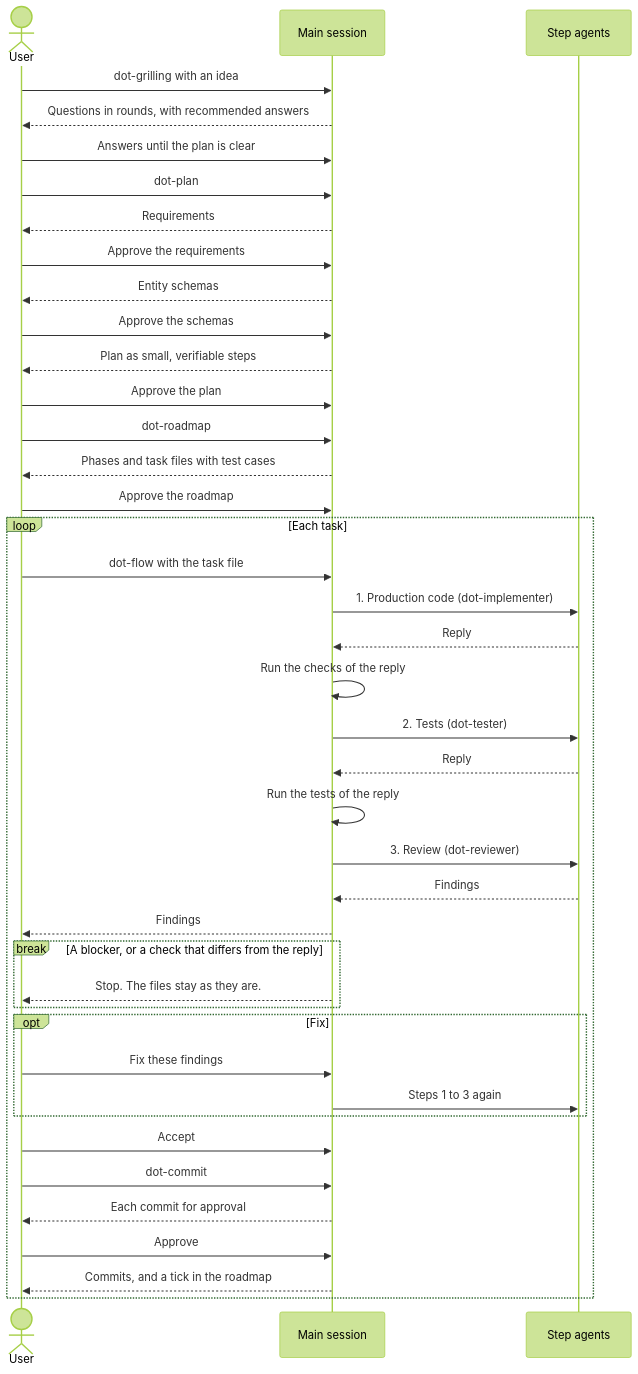
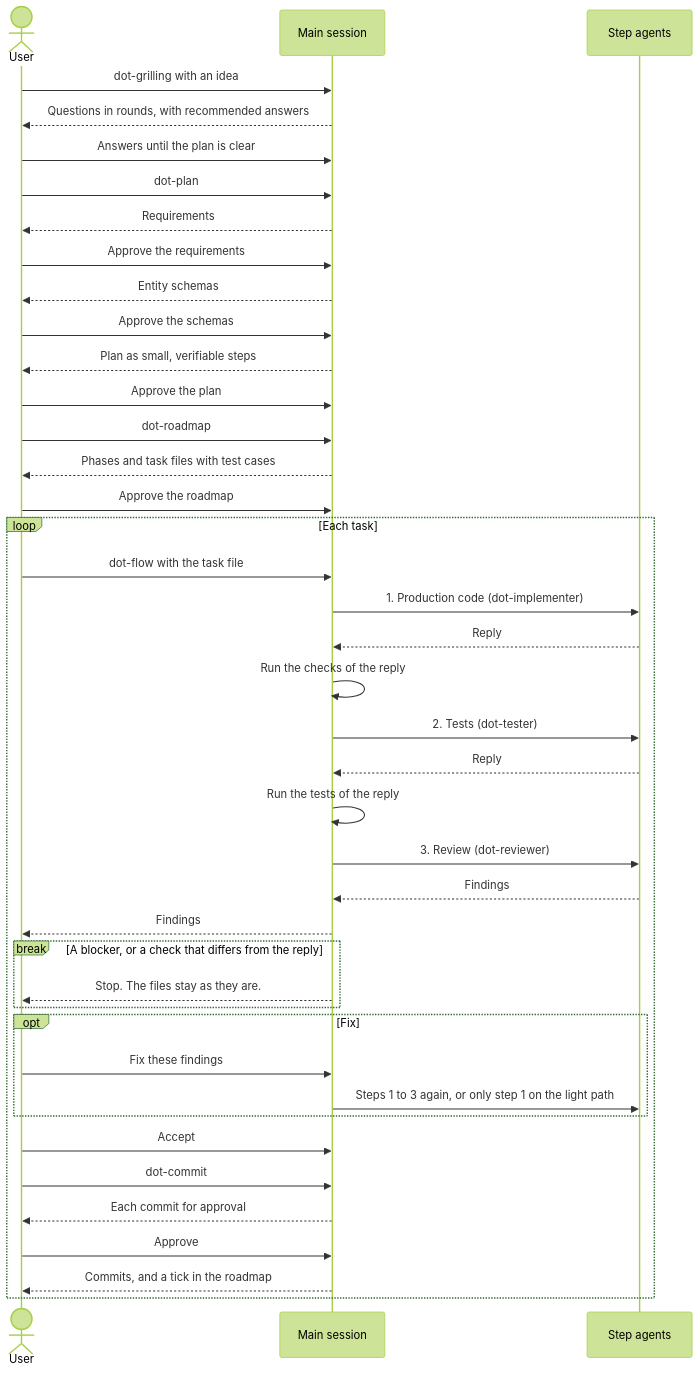
The diagram in README.md (igorlau/dotagents), drawn with Mermaid (forest theme) before and after one commit. The commit also changed 7 other files, not shown here.

First line of the commit message:
feat(skills): add a light fix path to dot-flow

````diff
--- a/README.md
+++ b/README.md
@@ -85,43 +85,43 @@
 ```mermaid
 sequenceDiagram
     actor User
     participant Main as Main session
     participant Agents as Step agents
     User->>Main: dot-grilling with an idea
     Main-->>User: Questions in rounds, with recommended answers
     User->>Main: Answers until the plan is clear
     User->>Main: dot-plan
     Main-->>User: Requirements
     User->>Main: Approve the requirements
     Main-->>User: Entity schemas
     User->>Main: Approve the schemas
     Main-->>User: Plan as small, verifiable steps
     User->>Main: Approve the plan
     User->>Main: dot-roadmap
     Main-->>User: Phases and task files with test cases
     User->>Main: Approve the roadmap
     loop Each task
         User->>Main: dot-flow with the task file
         Main->>Agents: 1. Production code (dot-implementer)
         Agents-->>Main: Reply
         Main->>Main: Run the checks of the reply
         Main->>Agents: 2. Tests (dot-tester)
         Agents-->>Main: Reply
         Main->>Main: Run the tests of the reply
         Main->>Agents: 3. Review (dot-reviewer)
         Agents-->>Main: Findings
         Main-->>User: Findings
         break A blocker, or a check that differs from the reply
             Main-->>User: Stop. The files stay as they are.
         end
         opt Fix
             User->>Main: Fix these findings
-            Main->>Agents: Steps 1 to 3 again
+            Main->>Agents: Steps 1 to 3 again, or only step 1 on the light path
         end
         User->>Main: Accept
         User->>Main: dot-commit
         Main-->>User: Each commit for approval
         User->>Main: Approve
         Main-->>User: Commits, and a tick in the roadmap
     end
 ```
````
